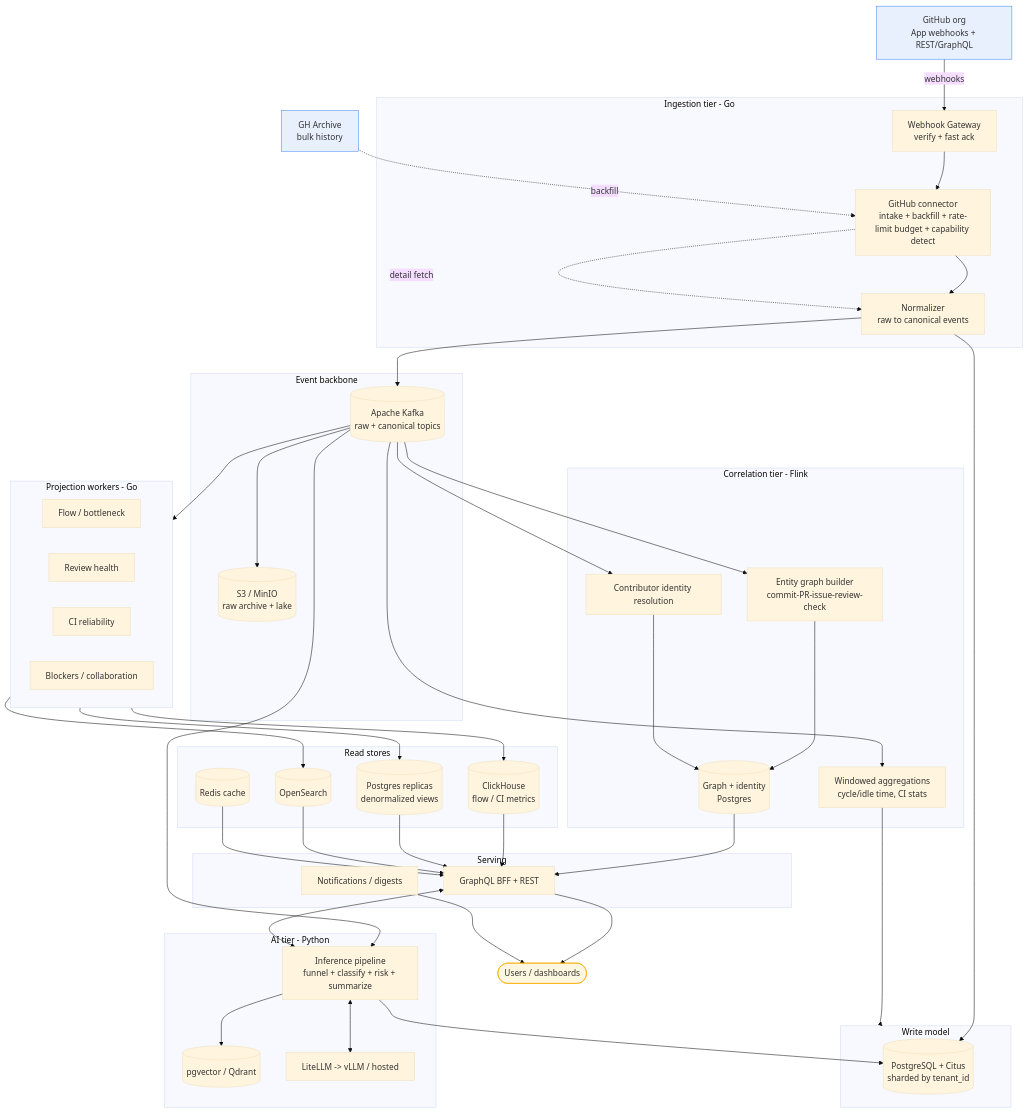
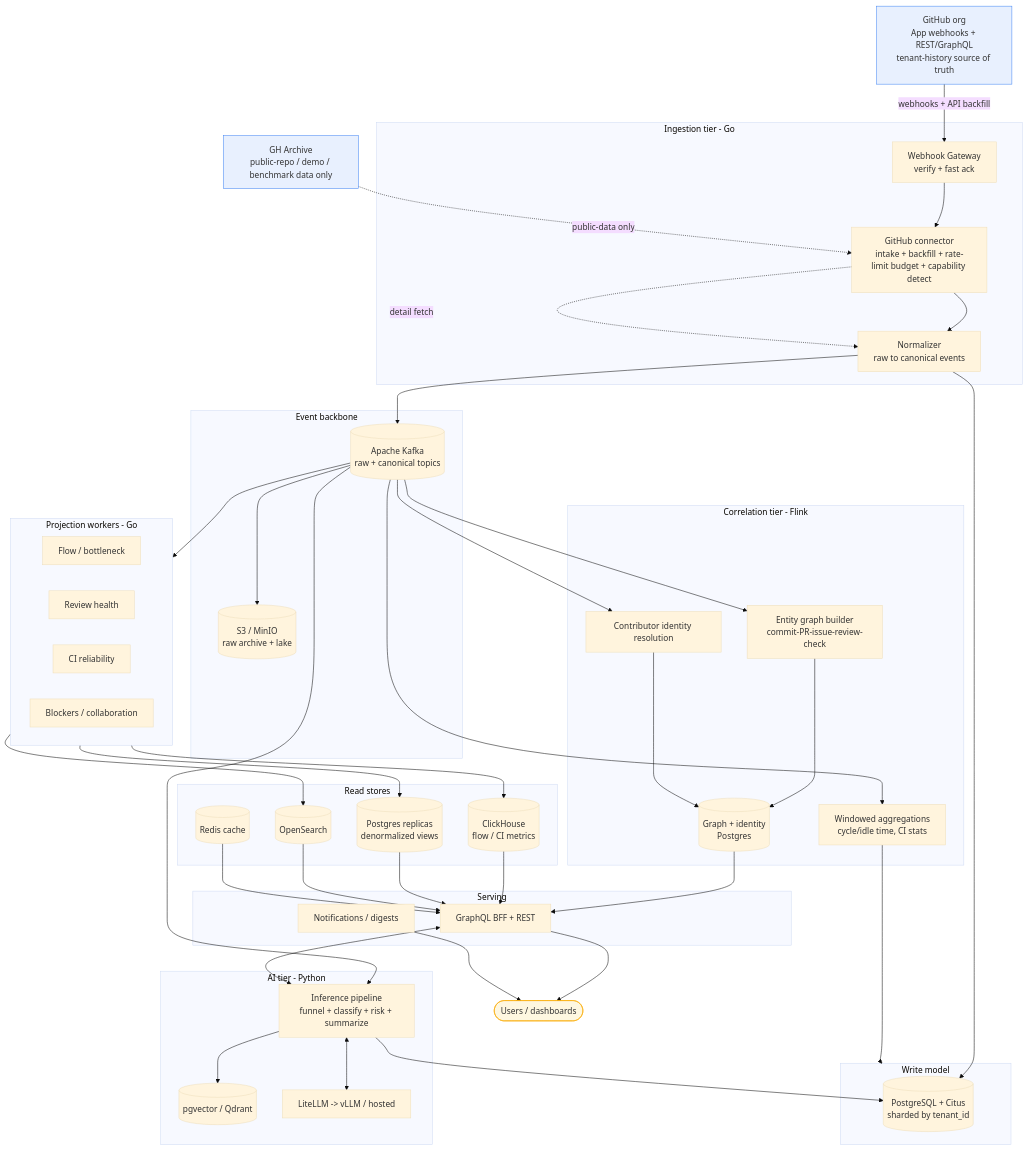
One commit to rishav91/dev-intel-platform changed the first of 3 diagrams in docs/ARCHITECTURE.md. Above: the diagram before and after it, drawn with Mermaid (base theme). The commit also changed other lines of this file and 15 other files, not shown here.

Commit message:
Address the PRD + architecture critique. Scope/correctness fixes only — no code, M0 walking-skeleton greenlight unaffected.

````diff
--- a/docs/ARCHITECTURE.md
+++ b/docs/ARCHITECTURE.md
@@ -16,75 +16,75 @@
 ```mermaid
 flowchart TB
-    GH[GitHub org<br/>App webhooks + REST/GraphQL]:::src
-    GHA[GH Archive<br/>bulk history]:::src
+    GH[GitHub org<br/>App webhooks + REST/GraphQL<br/>tenant-history source of truth]:::src
+    GHA[GH Archive<br/>public-repo / demo / benchmark data only]:::src
 
     subgraph ING[Ingestion tier - Go]
         WH[Webhook Gateway<br/>verify + fast ack]
         CONN[GitHub connector<br/>intake + backfill + rate-limit budget + capability detect]
         NORM[Normalizer<br/>raw to canonical events]
     end
 
     subgraph BUS[Event backbone]
         K[(Apache Kafka<br/>raw + canonical topics)]
         S3[(S3 / MinIO<br/>raw archive + lake)]
     end
 
     subgraph CORR[Correlation tier - Flink]
         GRAPH[Entity graph builder<br/>commit-PR-issue-review-check]
         IDR[Contributor identity resolution]
         AGG[Windowed aggregations<br/>cycle/idle time, CI stats]
         G[(Graph + identity<br/>Postgres)]
     end
 
     subgraph WRITE[Write model]
         PG[(PostgreSQL + Citus<br/>sharded by tenant_id)]
     end
 
     subgraph PROJ[Projection workers - Go]
         P1[Flow / bottleneck]
         P2[Review health]
         P3[CI reliability]
         P4[Blockers / collaboration]
     end
 
     subgraph READ[Read stores]
         CH[(ClickHouse<br/>flow / CI metrics)]
         RPG[(Postgres replicas<br/>denormalized views)]
         OS[(OpenSearch)]
         RED[(Redis cache)]
     end
 
     subgraph AI[AI tier - Python]
         AIP[Inference pipeline<br/>funnel + classify + risk + summarize]
         VEC[(pgvector / Qdrant)]
         GW[LiteLLM -> vLLM / hosted]
     end
 
     subgraph SERVE[Serving]
         BFF[GraphQL BFF + REST]
         NTF[Notifications / digests]
     end
 
     USERS([Users / dashboards]):::ext
 
-    GH -->|webhooks| WH --> CONN --> NORM --> K
-    GHA -. backfill .-> CONN
+    GH -->|webhooks + API backfill| WH --> CONN --> NORM --> K
+    GHA -. public-data only .-> CONN
     CONN -. detail fetch .-> NORM
     K --> S3
     K --> GRAPH --> G
     K --> IDR --> G
     K --> AGG --> WRITE
     NORM --> PG
     K --> PROJ --> CH & RPG & OS
     K --> AIP --> VEC
     AIP --> PG
     G --> BFF
     CH & RPG & OS & RED --> BFF
     AIP <--> GW
     BFF <--> AIP
     BFF --> USERS
     NTF --> USERS
 
     classDef src fill:#e8f0fe,stroke:#4285f4;
     classDef ext fill:#fef7e0,stroke:#f9ab00;
 ```
````
